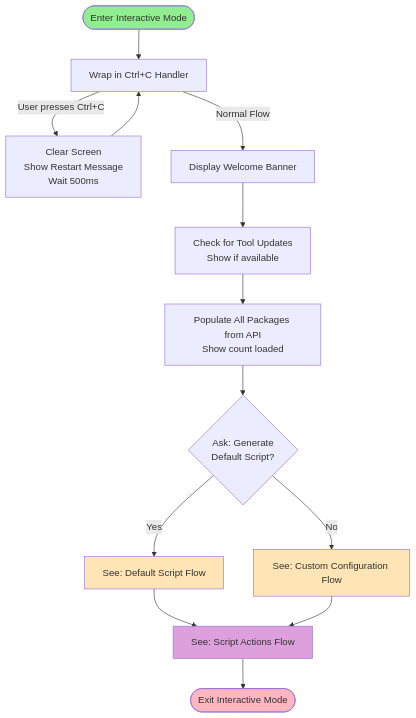
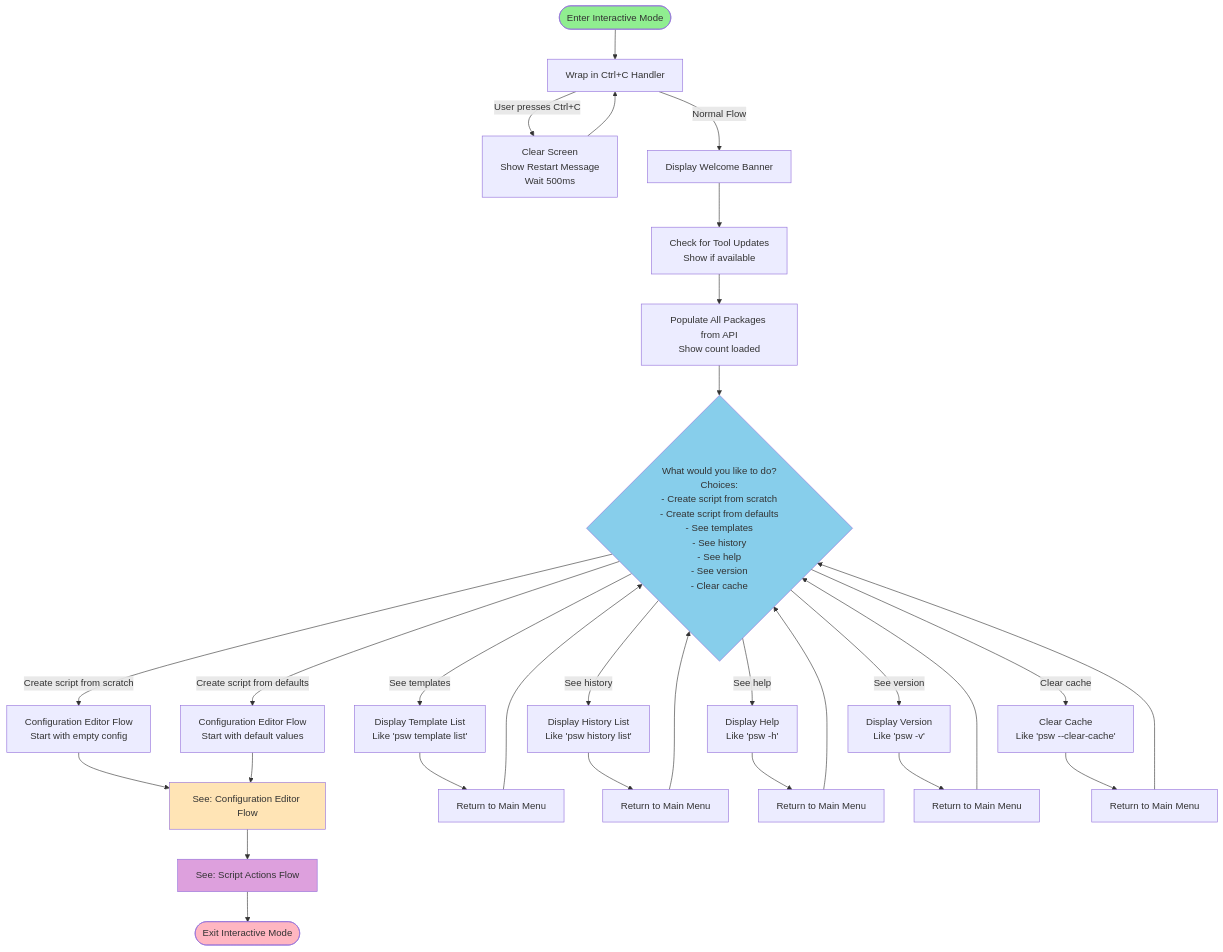
One commit to prjseal/Package-Script-Writer changed the second of 9 diagrams in CLI-Interactive-Mode-Flow.md. Above: the diagram before and after it, drawn with Mermaid. The commit also changed other lines of this file, not shown here.

````diff
--- a/CLI-Interactive-Mode-Flow.md
+++ b/CLI-Interactive-Mode-Flow.md
@@ -52,27 +52,46 @@
 ```mermaid
 flowchart TD
     Start([Enter Interactive Mode]) --> CtrlCWrapper[Wrap in Ctrl+C Handler]
 
     CtrlCWrapper -->|User presses Ctrl+C| Restart[Clear Screen<br/>Show Restart Message<br/>Wait 500ms]
     Restart --> CtrlCWrapper
 
     CtrlCWrapper -->|Normal Flow| DisplayBanner[Display Welcome Banner]
     DisplayBanner --> CheckUpdates[Check for Tool Updates<br/>Show if available]
     CheckUpdates --> PopulatePackages[Populate All Packages from API<br/>Show count loaded]
 
-    PopulatePackages --> AskDefault{Ask: Generate<br/>Default Script?}
+    PopulatePackages --> MainMenu{What would you like to do?<br/>Choices:<br/>- Create script from scratch<br/>- Create script from defaults<br/>- See templates<br/>- See history<br/>- See help<br/>- See version<br/>- Clear cache}
 
-    AskDefault -->|Yes| DefaultPath[See: Default Script Flow]
-    AskDefault -->|No| CustomPath[See: Custom Configuration Flow]
+    MainMenu -->|Create script from scratch| ConfigEditorEmpty[Configuration Editor Flow<br/>Start with empty config]
+    MainMenu -->|Create script from defaults| ConfigEditorDefaults[Configuration Editor Flow<br/>Start with default values]
+    MainMenu -->|See templates| ListTemplates[Display Template List<br/>Like 'psw template list']
+    MainMenu -->|See history| ListHistory[Display History List<br/>Like 'psw history list']
+    MainMenu -->|See help| ShowHelp[Display Help<br/>Like 'psw -h']
+    MainMenu -->|See version| ShowVersion[Display Version<br/>Like 'psw -v']
+    MainMenu -->|Clear cache| ClearCache[Clear Cache<br/>Like 'psw --clear-cache']
 
-    DefaultPath --> ScriptActions[See: Script Actions Flow]
-    CustomPath --> ScriptActions
+    ConfigEditorEmpty --> ConfigEditor[See: Configuration Editor Flow]
+    ConfigEditorDefaults --> ConfigEditor
+
+    ConfigEditor --> ScriptActions[See: Script Actions Flow]
+
+    ListTemplates --> ReturnToMenu1[Return to Main Menu]
+    ListHistory --> ReturnToMenu2[Return to Main Menu]
+    ShowHelp --> ReturnToMenu3[Return to Main Menu]
+    ShowVersion --> ReturnToMenu4[Return to Main Menu]
+    ClearCache --> ReturnToMenu5[Return to Main Menu]
+
+    ReturnToMenu1 --> MainMenu
+    ReturnToMenu2 --> MainMenu
+    ReturnToMenu3 --> MainMenu
+    ReturnToMenu4 --> MainMenu
+    ReturnToMenu5 --> MainMenu
 
     ScriptActions --> End([Exit Interactive Mode])
 
     style Start fill:#90EE90
     style End fill:#FFB6C1
-    style DefaultPath fill:#FFE4B5
-    style CustomPath fill:#FFE4B5
+    style MainMenu fill:#87CEEB
+    style ConfigEditor fill:#FFE4B5
     style ScriptActions fill:#DDA0DD
 ```
````
